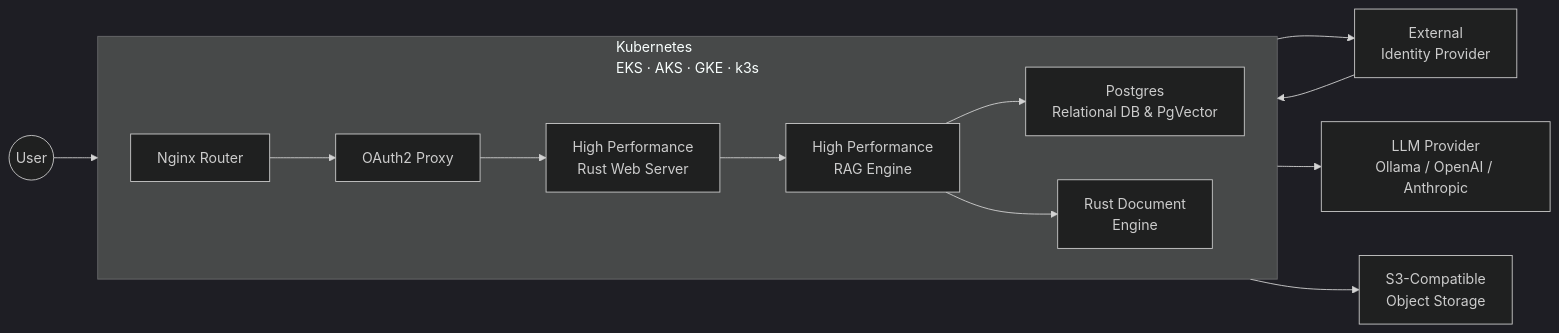
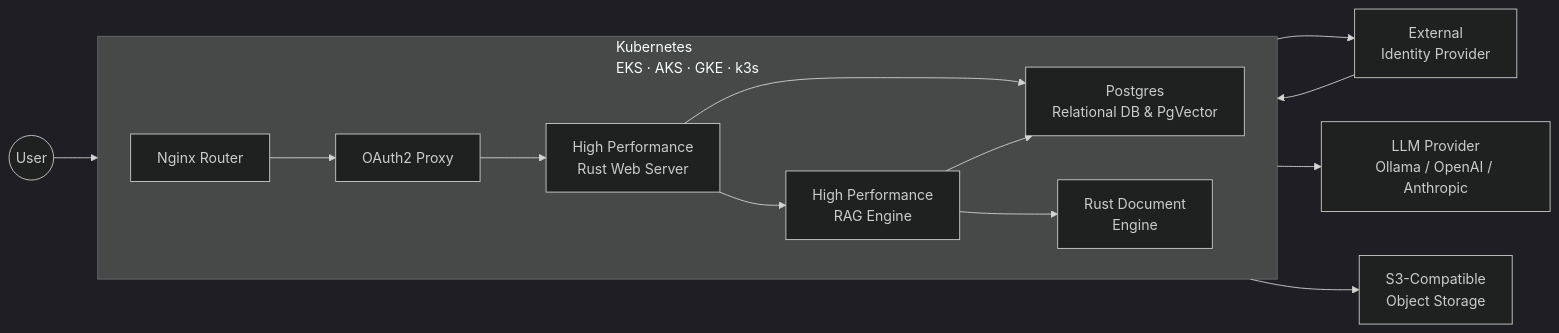
The diagram in README.md (bionic-gpt/bionic-gpt), drawn with Mermaid (dark theme) before and after one commit.

Commit message:
[ci skip] Update diagram

````diff
--- a/README.md
+++ b/README.md
@@ -150,45 +150,46 @@
 ```mermaid
 flowchart LR
     %% External actors
     User((User))
     IdP["External<br/>Identity Provider"]
     LLM["LLM Provider<br/>Ollama / OpenAI / Anthropic"]
     S3["S3-Compatible<br/>Object Storage"]
 
     %% Kubernetes boundary
     subgraph K8s["Kubernetes<br/>EKS · AKS · GKE · k3s"]
         direction LR
 
         %% Ingress & Auth
         Nginx["Nginx Router"]
         OAuth2["OAuth2 Proxy"]
 
         %% Core API
         RustServer["High Performance<br/>Rust Web Server"]
 
         %% Engines
         RAG["High Performance<br/>RAG Engine"]
         DocEngine["Rust Document<br/>Engine"]
 
         %% Database
         Postgres["Postgres<br/>Relational DB & PgVector"]
     end
 
     %% Request flow
     User --> Nginx --> OAuth2 --> RustServer
 
     %% Authentication flow
     OAuth2 --> IdP
     IdP --> OAuth2
 
     %% Control & inference
     RustServer --> RAG
     RustServer --> LLM
+    RustServer --> Postgres
 
     %% RAG orchestration
     RAG --> Postgres
     RAG --> DocEngine
 
     %% Object storage access
     RustServer --> S3
 ```
````
